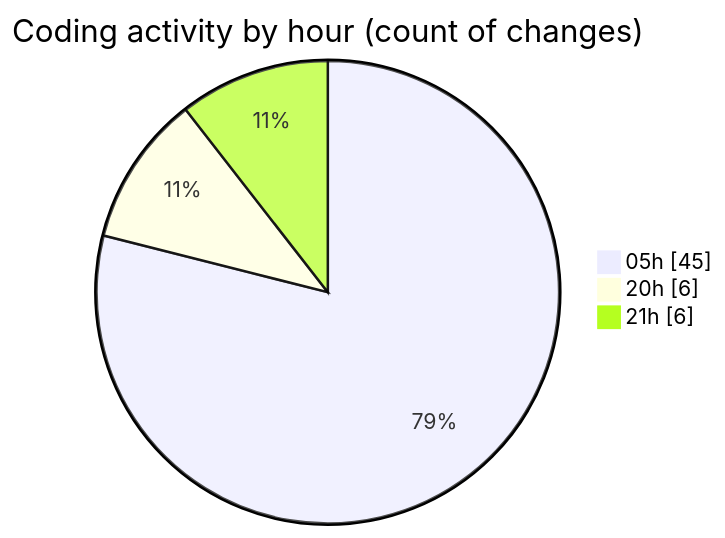
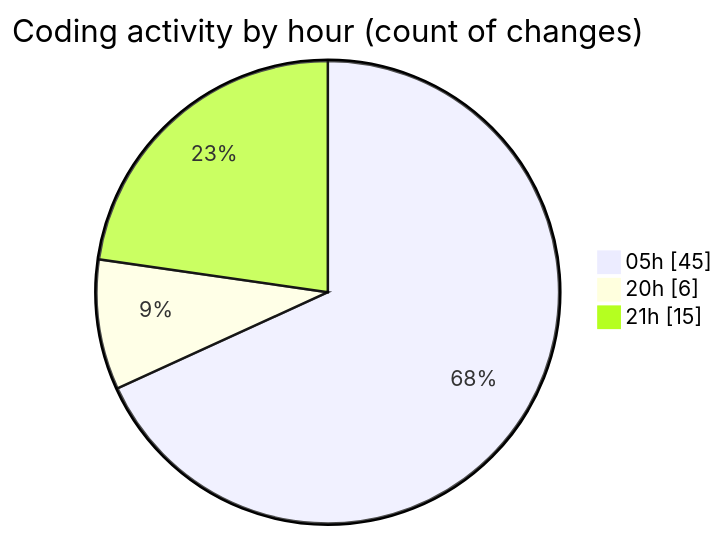
Before and after one commit to lephambinh05/code-tracking: the second of 2 diagrams in 2025-08-05/napxuvn/README.md, drawn with Mermaid. The commit also changed other lines of this file and 1 other file, not shown here.

````diff
--- a/2025-08-05/napxuvn/README.md
+++ b/2025-08-05/napxuvn/README.md
@@ -63,7 +67,7 @@
 ```mermaid
 pie showData
 title Coding activity by hour (count of changes)
 "05h" : 45
 "20h" : 6
-"21h" : 6
+"21h" : 15
 ```
````
